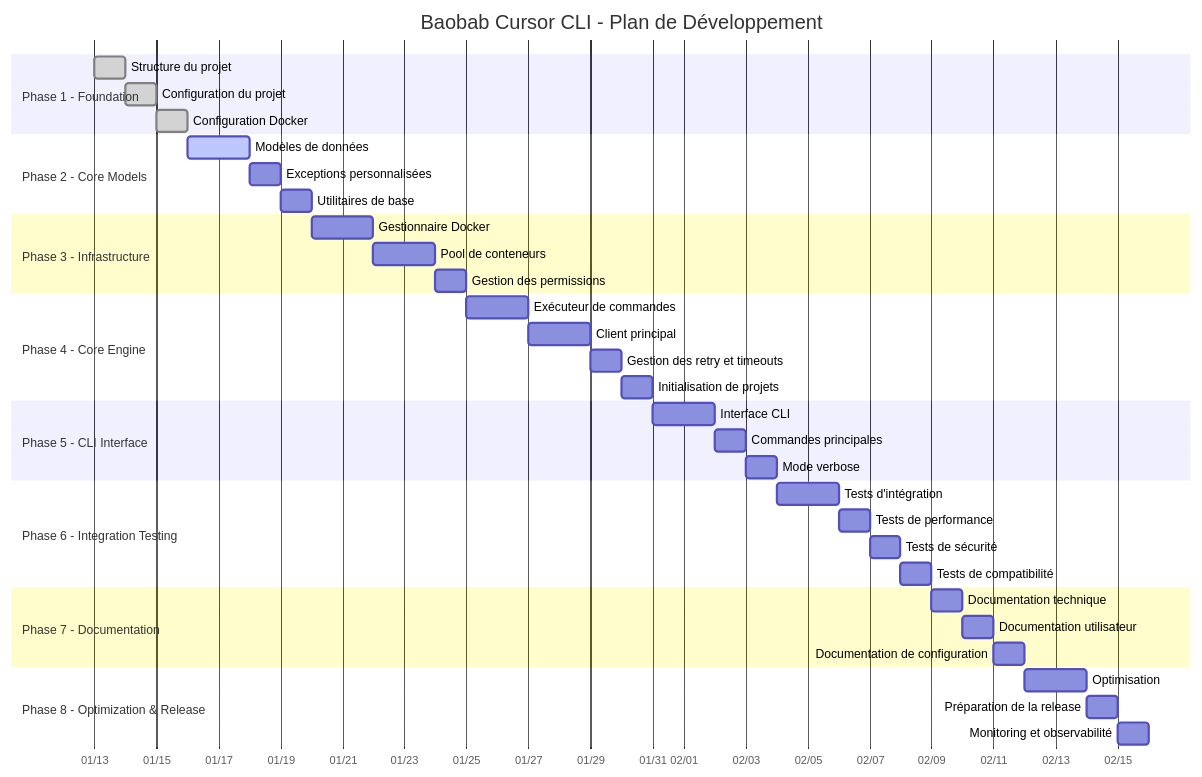
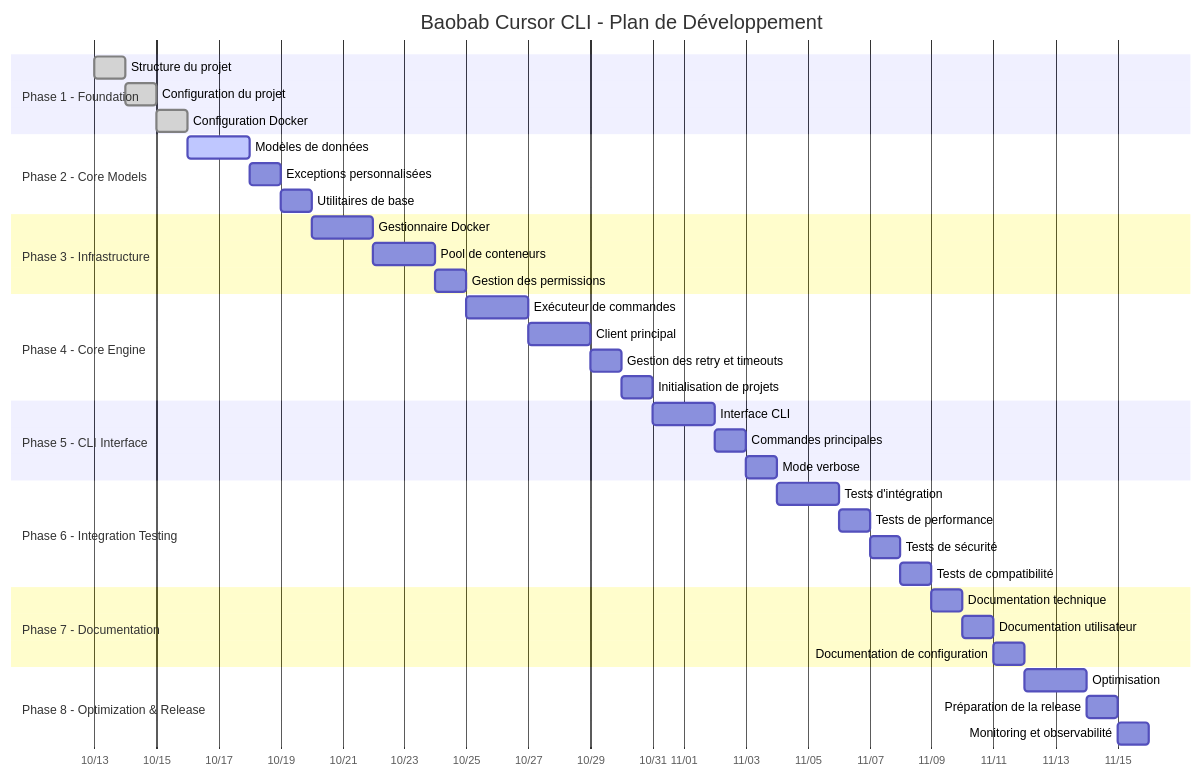
Before and after one commit to baobabgit/baobab-cursor-cli: the diagram in docs/phases/gantt/gantt.mermaid, drawn with Mermaid. The commit also changed 2 other files, not shown here.

Commit message:
fix: Correction des dates dans le plan de développement
- Correction de la date dans 000_dev_diary.md (2025-10-13 au lieu de 2025-01-13)
- Mise à jour des dates dans gantt.json (octobre-novembre 2025)
- Mise à jour des dates dans gantt.mermaid (octobre-novembre 2025)
- Durée totale : 34 jours (13 octobre - 15 novembre 2025)

```diff
--- a/docs/phases/gantt/gantt.mermaid
+++ b/docs/phases/gantt/gantt.mermaid
@@ -1,46 +1,46 @@
 gantt
     title Baobab Cursor CLI - Plan de Développement
     dateFormat  YYYY-MM-DD
     axisFormat  %m/%d
 
     section Phase 1 - Foundation
-    Structure du projet           :done, p1-1, 2025-01-13, 1d
-    Configuration du projet       :done, p1-2, 2025-01-14, 1d
-    Configuration Docker          :done, p1-3, 2025-01-15, 1d
+    Structure du projet           :done, p1-1, 2025-10-13, 1d
+    Configuration du projet       :done, p1-2, 2025-10-14, 1d
+    Configuration Docker          :done, p1-3, 2025-10-15, 1d
 
     section Phase 2 - Core Models
-    Modèles de données            :active, p2-1, 2025-01-16, 2d
-    Exceptions personnalisées     :p2-2, 2025-01-18, 1d
-    Utilitaires de base          :p2-3, 2025-01-19, 1d
+    Modèles de données            :active, p2-1, 2025-10-16, 2d
+    Exceptions personnalisées     :p2-2, 2025-10-18, 1d
+    Utilitaires de base          :p2-3, 2025-10-19, 1d
 
     section Phase 3 - Infrastructure
-    Gestionnaire Docker          :p3-1, 2025-01-20, 2d
-    Pool de conteneurs           :p3-2, 2025-01-22, 2d
-    Gestion des permissions      :p3-3, 2025-01-24, 1d
+    Gestionnaire Docker          :p3-1, 2025-10-20, 2d
+    Pool de conteneurs           :p3-2, 2025-10-22, 2d
+    Gestion des permissions      :p3-3, 2025-10-24, 1d
 
     section Phase 4 - Core Engine
-    Exécuteur de commandes       :p4-1, 2025-01-25, 2d
-    Client principal             :p4-2, 2025-01-27, 2d
-    Gestion des retry et timeouts :p4-3, 2025-01-29, 1d
-    Initialisation de projets    :p4-4, 2025-01-30, 1d
+    Exécuteur de commandes       :p4-1, 2025-10-25, 2d
+    Client principal             :p4-2, 2025-10-27, 2d
+    Gestion des retry et timeouts :p4-3, 2025-10-29, 1d
+    Initialisation de projets    :p4-4, 2025-10-30, 1d
 
     section Phase 5 - CLI Interface
-    Interface CLI                :p5-1, 2025-01-31, 2d
-    Commandes principales        :p5-2, 2025-02-02, 1d
-    Mode verbose                 :p5-3, 2025-02-03, 1d
+    Interface CLI                :p5-1, 2025-10-31, 2d
+    Commandes principales        :p5-2, 2025-11-02, 1d
+    Mode verbose                 :p5-3, 2025-11-03, 1d
 
     section Phase 6 - Integration Testing
-    Tests d'intégration          :p6-1, 2025-02-04, 2d
-    Tests de performance         :p6-2, 2025-02-06, 1d
-    Tests de sécurité            :p6-3, 2025-02-07, 1d
-    Tests de compatibilité       :p6-4, 2025-02-08, 1d
+    Tests d'intégration          :p6-1, 2025-11-04, 2d
+    Tests de performance         :p6-2, 2025-11-06, 1d
+    Tests de sécurité            :p6-3, 2025-11-07, 1d
+    Tests de compatibilité       :p6-4, 2025-11-08, 1d
 
     section Phase 7 - Documentation
-    Documentation technique      :p7-1, 2025-02-09, 1d
-    Documentation utilisateur    :p7-2, 2025-02-10, 1d
-    Documentation de configuration :p7-3, 2025-02-11, 1d
+    Documentation technique      :p7-1, 2025-11-09, 1d
+    Documentation utilisateur    :p7-2, 2025-11-10, 1d
+    Documentation de configuration :p7-3, 2025-11-11, 1d
 
     section Phase 8 - Optimization & Release
-    Optimisation                 :p8-1, 2025-02-12, 2d
-    Préparation de la release    :p8-2, 2025-02-14, 1d
-    Monitoring et observabilité  :p8-3, 2025-02-15, 1d
+    Optimisation                 :p8-1, 2025-11-12, 2d
+    Préparation de la release    :p8-2, 2025-11-14, 1d
+    Monitoring et observabilité  :p8-3, 2025-11-15, 1d
```
